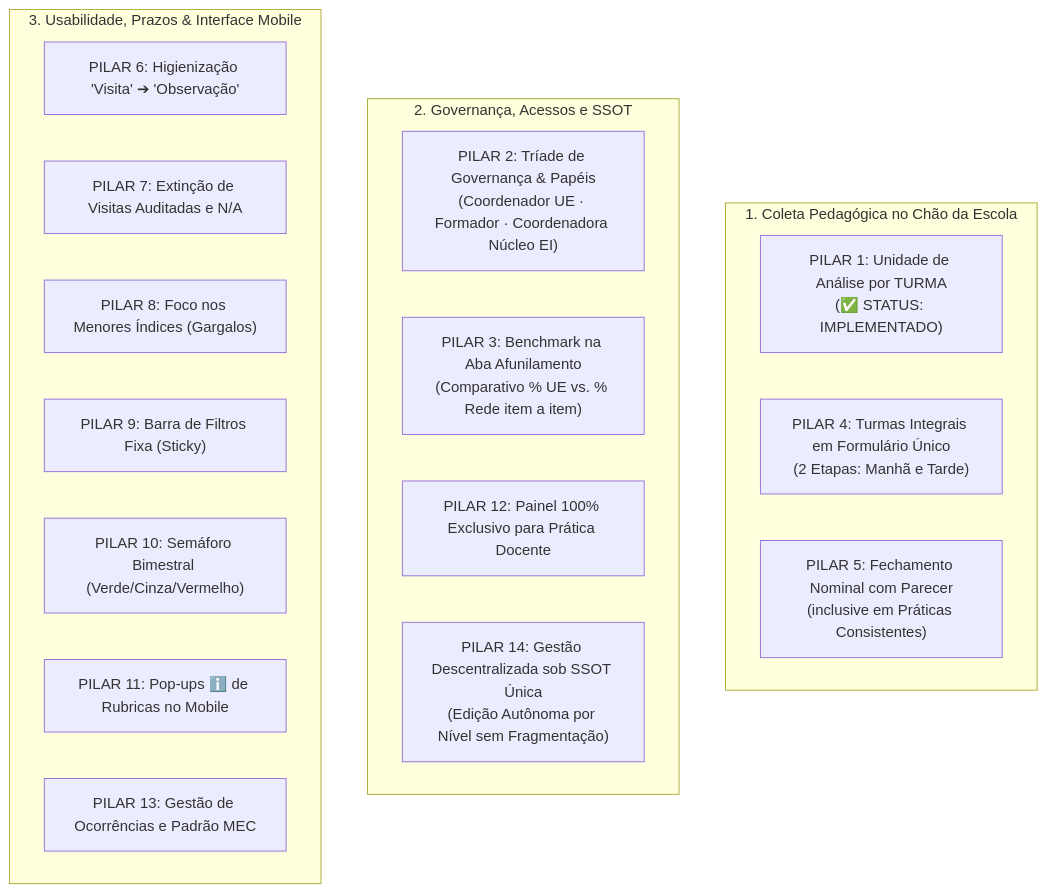
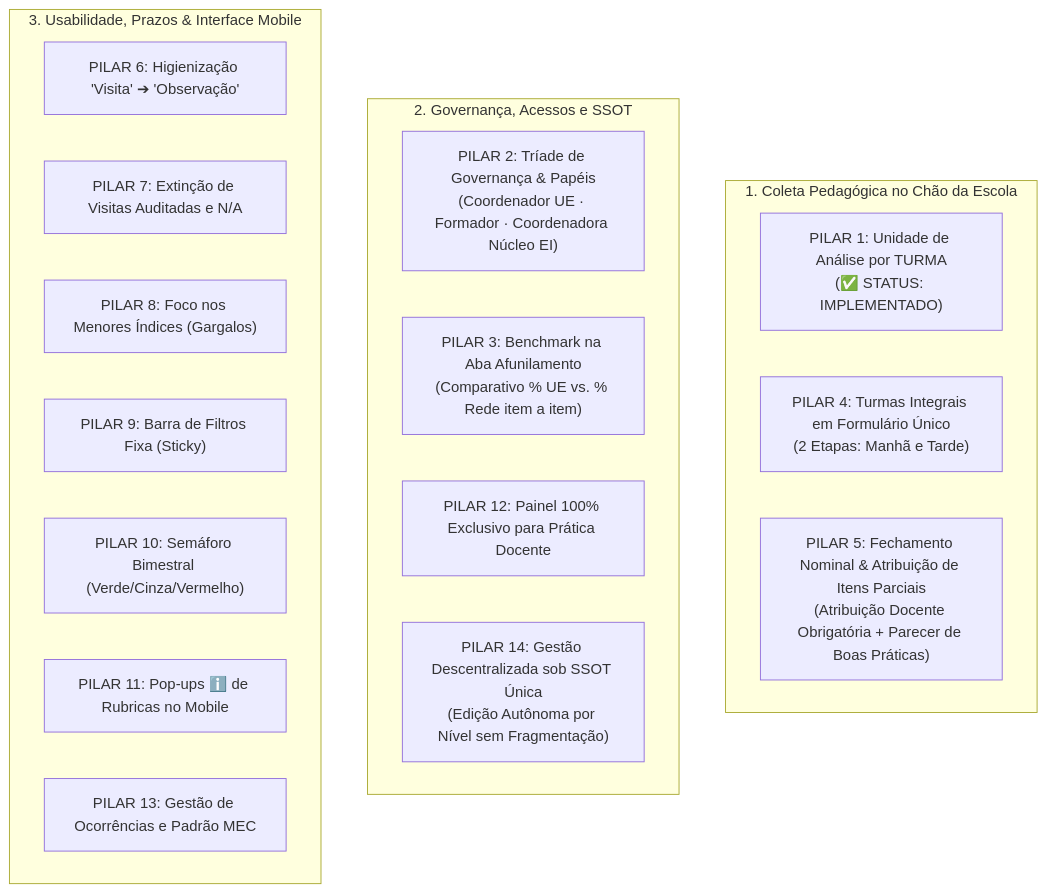
Before and after one commit to silvabrun0/supervisao-st-crianca: the first of 2 diagrams in docs/documento_insights_supervisao_pedagogica_20261020.md, drawn with Mermaid. The commit also changed other lines of this file and 4 other files, not shown here.

````diff
--- a/docs/documento_insights_supervisao_pedagogica_20261020.md
+++ b/docs/documento_insights_supervisao_pedagogica_20261020.md
@@ -44,25 +44,25 @@
 ```mermaid
 flowchart TD
     subgraph StatusColeta["1. Coleta Pedagógica no Chão da Escola"]
         P1["PILAR 1: Unidade de Análise por TURMA\n(✅ STATUS: IMPLEMENTADO)"]
         P4["PILAR 4: Turmas Integrais em Formulário Único\n(2 Etapas: Manhã e Tarde)"]
-        P5["PILAR 5: Fechamento Nominal com Parecer\n(inclusive em Práticas Consistentes)"]
+        P5["PILAR 5: Fechamento Nominal & Atribuição de Itens Parciais\n(Atribuição Docente Obrigatória + Parecer de Boas Práticas)"]
     end
 
     subgraph Governanca["2. Governança, Acessos e SSOT"]
         P2["PILAR 2: Tríade de Governança & Papéis\n(Coordenador UE · Formador · Coordenadora Núcleo EI)"]
         P3["PILAR 3: Benchmark na Aba Afunilamento\n(Comparativo % UE vs. % Rede item a item)"]
         P12["PILAR 12: Painel 100% Exclusivo para Prática Docente"]
         P14["PILAR 14: Gestão Descentralizada sob SSOT Única\n(Edição Autônoma por Nível sem Fragmentação)"]
     end
 
     subgraph Ergonomia["3. Usabilidade, Prazos & Interface Mobile"]
         P6["PILAR 6: Higienização 'Visita' ➔ 'Observação'"]
         P7["PILAR 7: Extinção de Visitas Auditadas e N/A"]
         P8["PILAR 8: Foco nos Menores Índices (Gargalos)"]
         P9["PILAR 9: Barra de Filtros Fixa (Sticky)"]
         P10["PILAR 10: Semáforo Bimestral (Verde/Cinza/Vermelho)"]
         P11["PILAR 11: Pop-ups ℹ️ de Rubricas no Mobile"]
         P13["PILAR 13: Gestão de Ocorrências e Padrão MEC"]
     end
 ```
````
